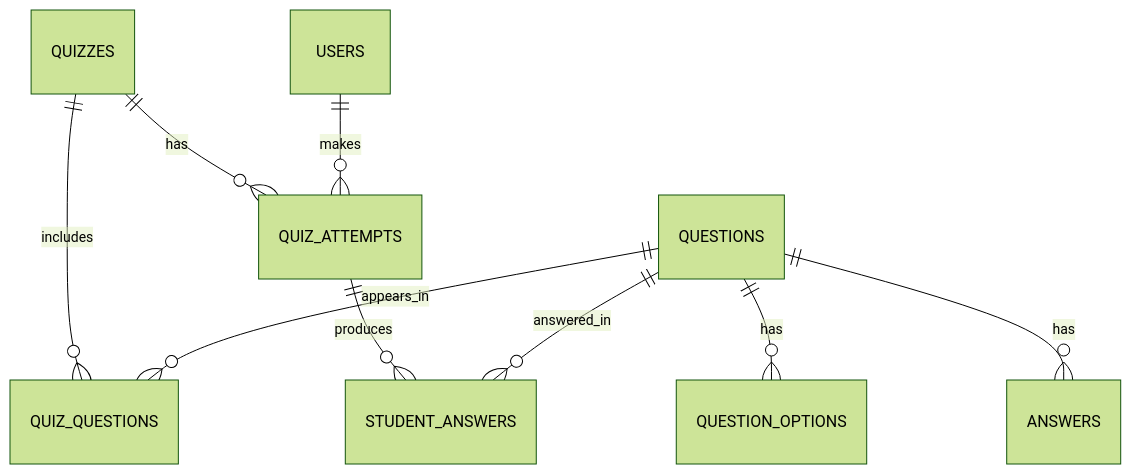
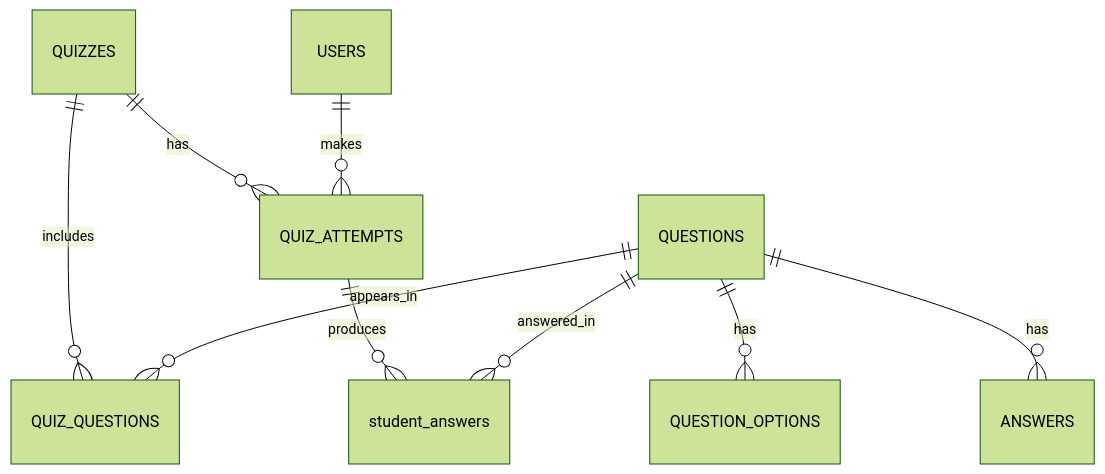
The first of 5 diagrams in README.md (AryehRotberg/english-student-system), drawn with Mermaid (forest theme) before and after one commit. The commit also changed 42 other files, not shown here.

First line of the commit message:
feat: refactor student answers service to support bulk upsert and grading logic

````diff
--- a/README.md
+++ b/README.md
@@ -100,14 +100,14 @@
 ```mermaid
 erDiagram
     QUIZZES ||--o{ QUIZ_QUESTIONS : includes
     QUESTIONS ||--o{ QUIZ_QUESTIONS : appears_in
 
     QUIZZES ||--o{ QUIZ_ATTEMPTS : has
     USERS ||--o{ QUIZ_ATTEMPTS : makes
 
-    QUIZ_ATTEMPTS ||--o{ STUDENT_ANSWERS : produces
-    QUESTIONS ||--o{ STUDENT_ANSWERS : answered_in
+    QUIZ_ATTEMPTS ||--o{ student_answers : produces
+    QUESTIONS ||--o{ student_answers : answered_in
 
     QUESTIONS ||--o{ QUESTION_OPTIONS : has
     QUESTIONS ||--o{ ANSWERS : has
 ```
````
